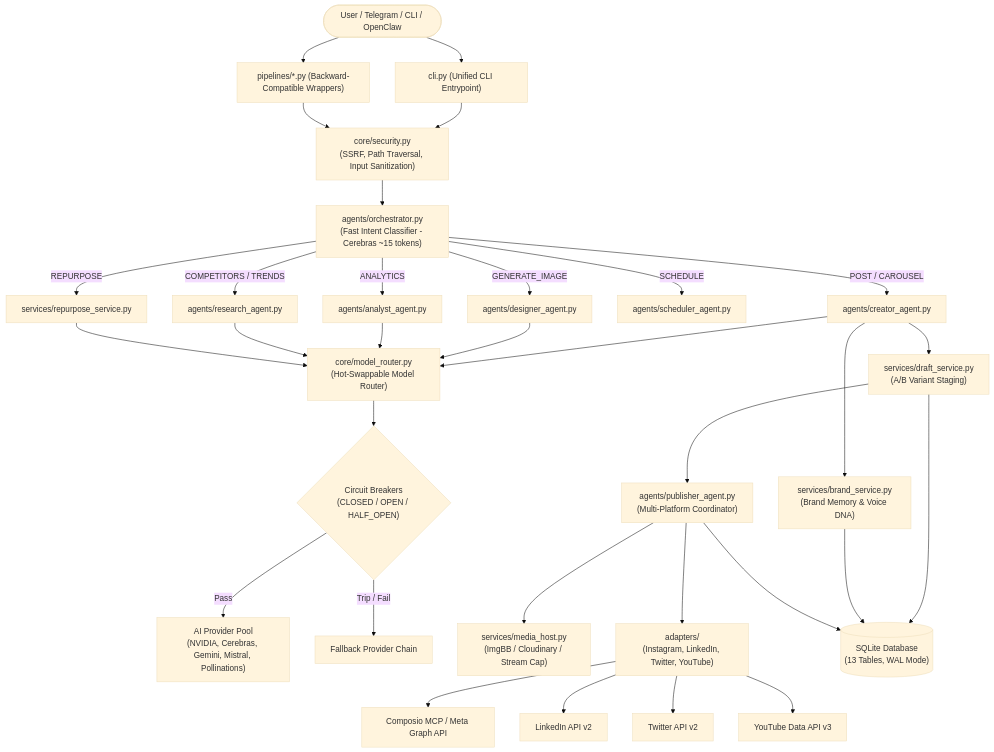
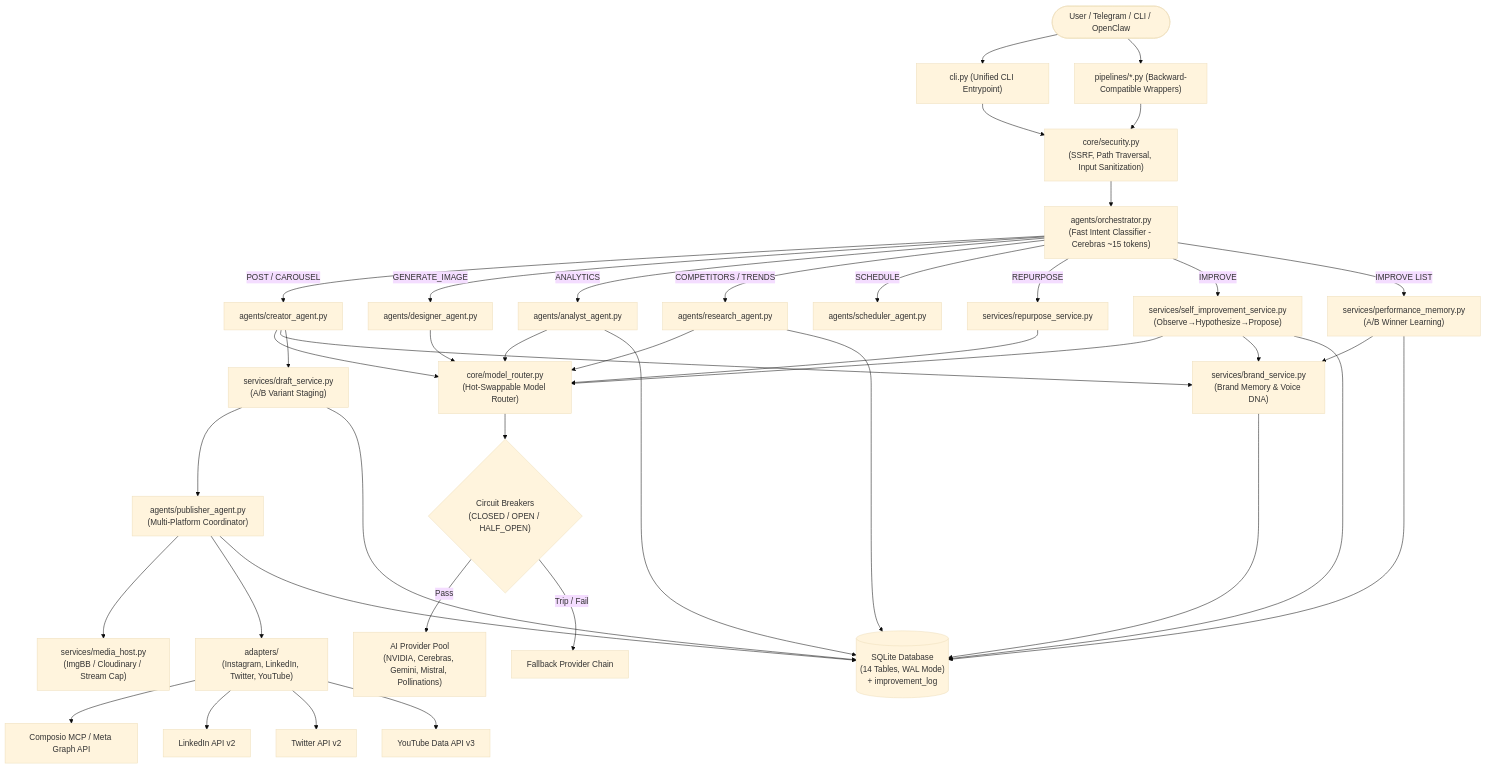
Before and after one commit to IOTAcademyAIProjects/uct-insta-agent: the first of 11 diagrams in flowchart.md, drawn with Mermaid (base theme). The commit also changed other lines of this file and 40 other files, not shown here.

````diff
--- a/flowchart.md
+++ b/flowchart.md
@@ -42,44 +44,54 @@
 ```mermaid
 flowchart TD
     User([User / Telegram / CLI / OpenClaw]) --> CLI["cli.py (Unified CLI Entrypoint)"]
     User --> Wrappers["pipelines/*.py (Backward-Compatible Wrappers)"]
     
     CLI --> SecFilter["core/security.py\n(SSRF, Path Traversal, Input Sanitization)"]
     Wrappers --> SecFilter
     
     SecFilter --> Orch["agents/orchestrator.py\n(Fast Intent Classifier - Cerebras ~15 tokens)"]
     
     Orch -->|POST / CAROUSEL| Creator["agents/creator_agent.py"]
     Orch -->|GENERATE_IMAGE| Designer["agents/designer_agent.py"]
     Orch -->|ANALYTICS| Analyst["agents/analyst_agent.py"]
     Orch -->|COMPETITORS / TRENDS| Research["agents/research_agent.py"]
     Orch -->|SCHEDULE| SchedAgent["agents/scheduler_agent.py"]
     Orch -->|REPURPOSE| Repurpose["services/repurpose_service.py"]
+    Orch -->|IMPROVE| SelfImprove["services/self_improvement_service.py\n(Observe→Hypothesize→Propose)"]
+    Orch -->|IMPROVE LIST| PerfMem["services/performance_memory.py\n(A/B Winner Learning)"]
     
     Creator --> Router["core/model_router.py\n(Hot-Swappable Model Router)"]
     Designer --> Router
     Analyst --> Router
     Research --> Router
     Repurpose --> Router
+    SelfImprove --> Router
     
     Router --> CB{"Circuit Breakers\n(CLOSED / OPEN / HALF_OPEN)"}
     CB -->|Pass| ProvPool["AI Provider Pool\n(NVIDIA, Cerebras, Gemini, Mistral, Pollinations)"]
     CB -->|Trip / Fail| Fallback["Fallback Provider Chain"]
     
     Creator --> BrandSvc["services/brand_service.py\n(Brand Memory & Voice DNA)"]
     Creator --> DraftSvc["services/draft_service.py\n(A/B Variant Staging)"]
     
     DraftSvc --> PubAgent["agents/publisher_agent.py\n(Multi-Platform Coordinator)"]
     
     PubAgent --> MediaHost["services/media_host.py\n(ImgBB / Cloudinary / Stream Cap)"]
     PubAgent --> Adapters["adapters/\n(Instagram, LinkedIn, Twitter, YouTube)"]
     
     Adapters --> MetaAPI["Composio MCP / Meta Graph API"]
     Adapters --> LinkedInAPI["LinkedIn API v2"]
     Adapters --> TwitterAPI["Twitter API v2"]
     Adapters --> YouTubeAPI["YouTube Data API v3"]
     
-    DraftSvc --> DB[("SQLite Database\n(13 Tables, WAL Mode)")]
+    SelfImprove --> BrandSvc
+    SelfImprove --> DB
+    PerfMem --> BrandSvc
+    PerfMem --> DB
+    
+    DraftSvc --> DB[("SQLite Database\n(14 Tables, WAL Mode)\n+ improvement_log")]
     BrandSvc --> DB
     PubAgent --> DB
+    Research --> DB
+    Analyst --> DB
 ```
````
